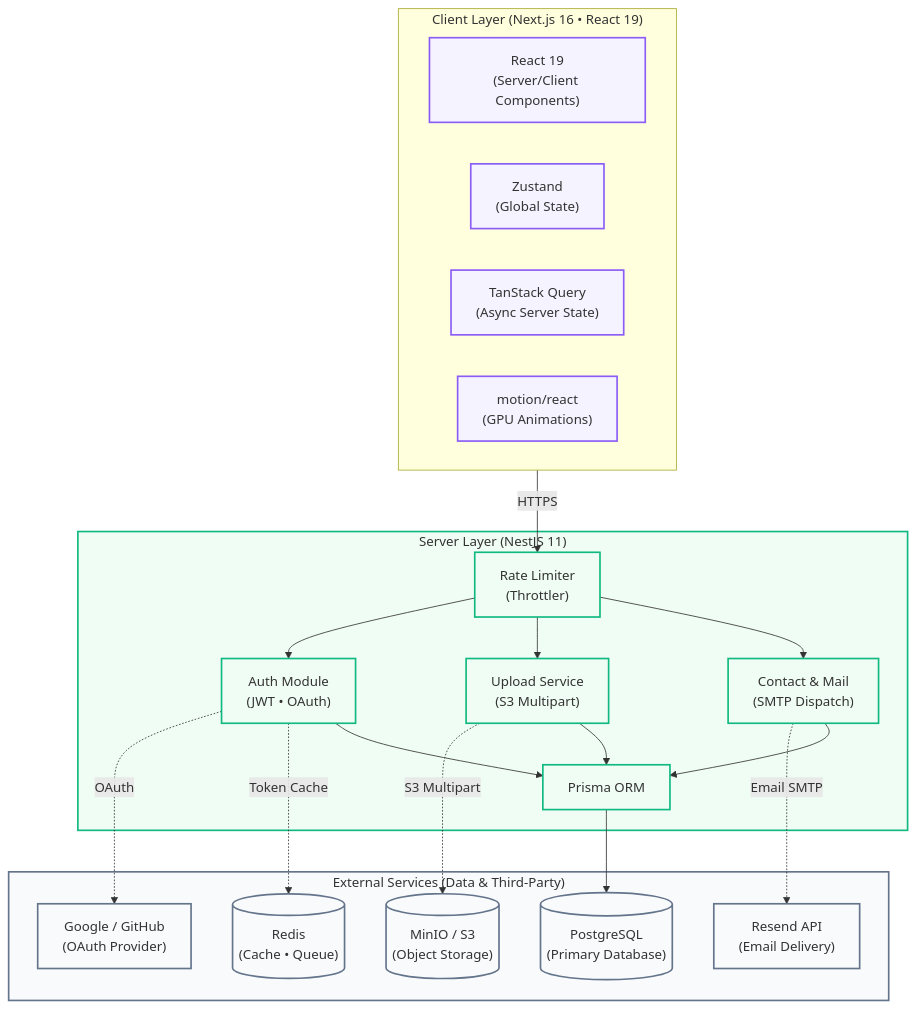
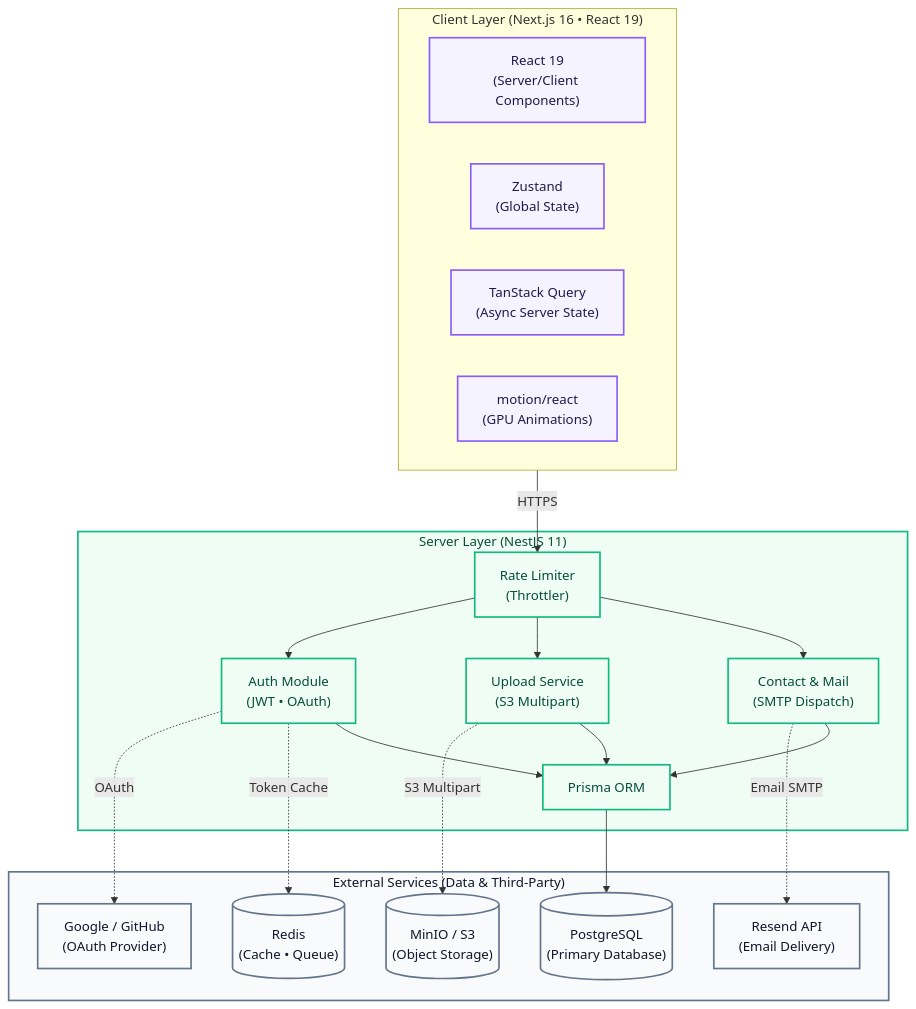
The diagram in README.md (nuntawatt/Portfolio-NextJS), drawn with Mermaid before and after one commit.

Commit message:
fix(docs): force high-contrast text colors inside Mermaid diagram nodes

````diff
--- a/README.md
+++ b/README.md
@@ -18,53 +18,53 @@
 ```mermaid
 graph TD
-    classDef client fill:#f5f3ff,stroke:#8b5cf6,stroke-width:2px;
-    classDef server fill:#f0fdf4,stroke:#10b981,stroke-width:2px;
-    classDef external fill:#f8fafc,stroke:#64748b,stroke-width:2px;
+    classDef client fill:#f5f3ff,stroke:#8b5cf6,stroke-width:2px,color:#1e1b4b;
+    classDef server fill:#f0fdf4,stroke:#10b981,stroke-width:2px,color:#064e3b;
+    classDef external fill:#f8fafc,stroke:#64748b,stroke-width:2px,color:#0f172a;
     classDef legend fill:#ffffff,stroke:#cccccc,stroke-width:1px;
 
     subgraph Client ["Client Layer (Next.js 16 • React 19)"]
         React["React 19<br/>(Server/Client Components)"]
         Zustand["Zustand<br/>(Global State)"]
         TanStack["TanStack Query<br/>(Async Server State)"]
         Motion["motion/react<br/>(GPU Animations)"]
     end
     class Client,React,Zustand,TanStack,Motion client;
 
     subgraph Server ["Server Layer (NestJS 11)"]
         Throttler["Rate Limiter<br/>(Throttler)"]
         
         Auth["Auth Module<br/>(JWT • OAuth)"]
         Upload["Upload Service<br/>(S3 Multipart)"]
         Contact["Contact & Mail<br/>(SMTP Dispatch)"]
         
         Prisma["Prisma ORM"]
     end
     class Server,Throttler,Auth,Upload,Contact,Prisma server;
 
     subgraph External ["External Services (Data & Third-Party)"]
         Postgres[("PostgreSQL<br/>(Primary Database)")]
         Redis[("Redis<br/>(Cache • Queue)")]
         S3[("MinIO / S3<br/>(Object Storage)")]
         Resend["Resend API<br/>(Email Delivery)"]
         OAuthProviders["Google / GitHub<br/>(OAuth Provider)"]
     end
     class External,Postgres,Redis,S3,Resend,OAuthProviders external;
 
     %% Network & Flow Connections
     Client -->|HTTPS| Throttler
     
     Throttler --> Auth
     Throttler --> Upload
     Throttler --> Contact
     
     Auth -.->|OAuth| OAuthProviders
     Auth -.->|Token Cache| Redis
     Upload -.->|S3 Multipart| S3
     Contact -.->|Email SMTP| Resend
     
     Auth --> Prisma
     Upload --> Prisma
     Contact --> Prisma
     
     Prisma --> Postgres
 ```
````
